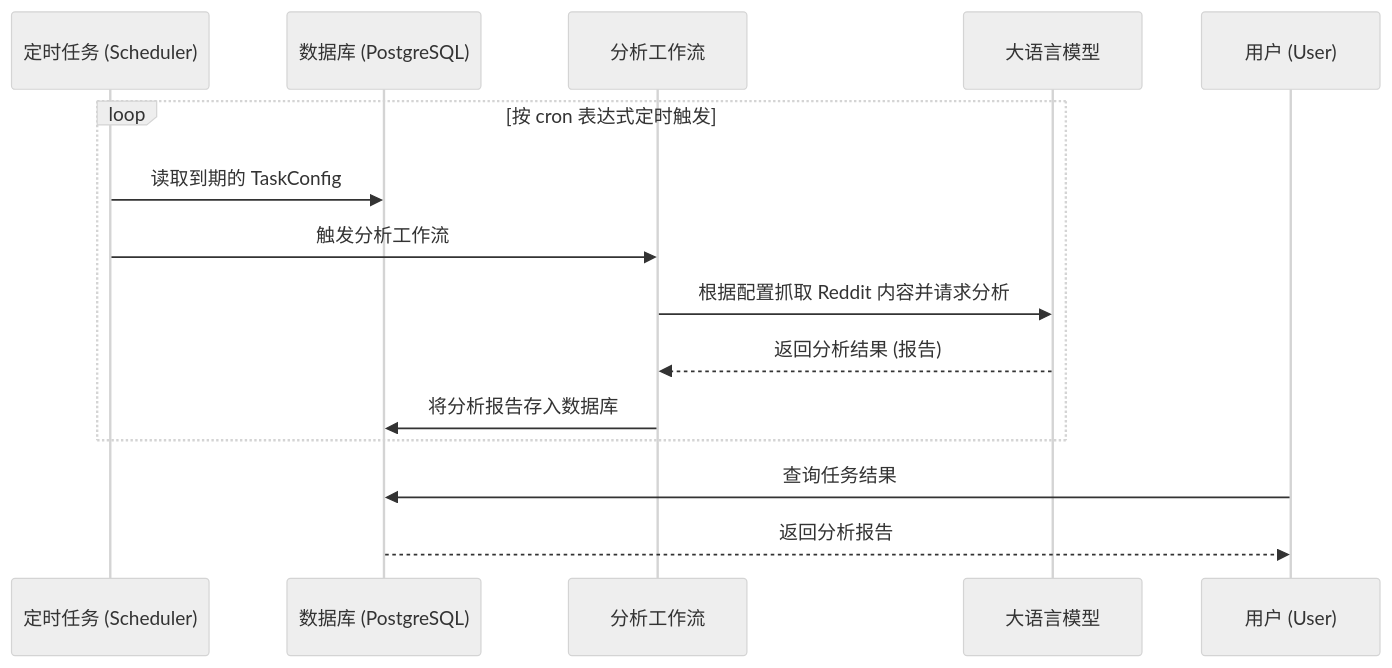
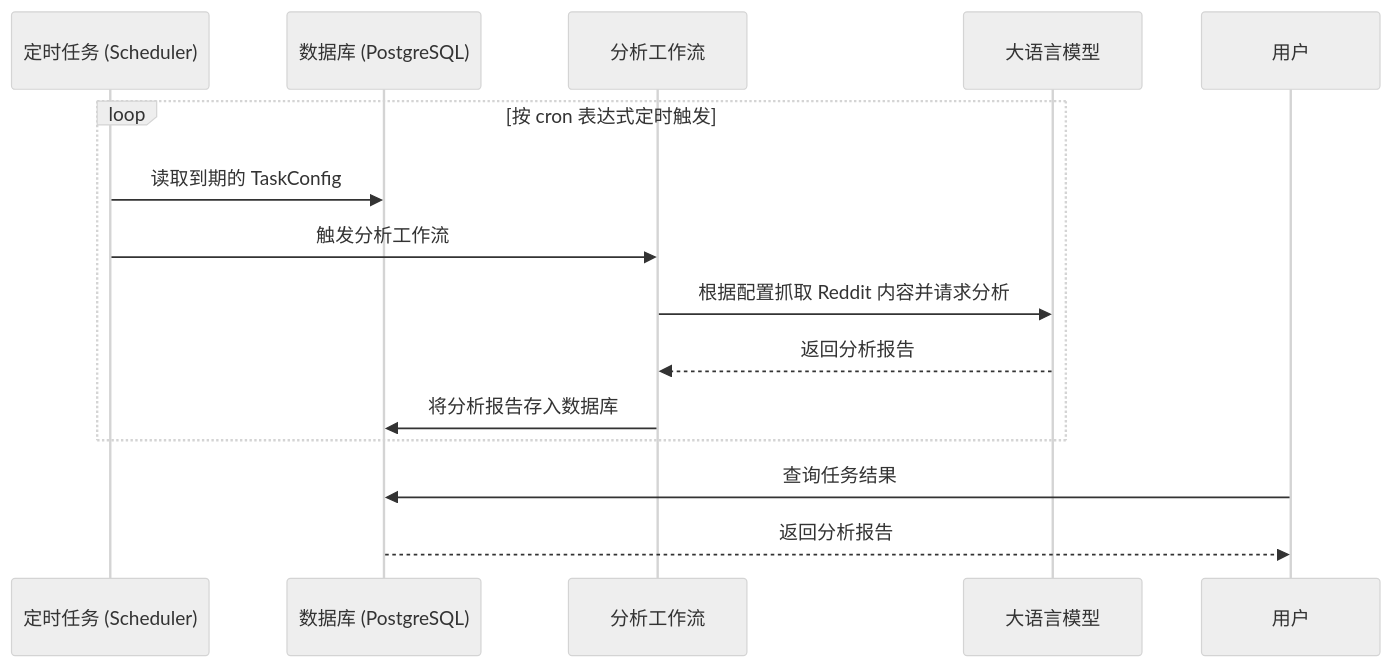
Before and after one commit to JinJieBeWater/redgent: the fourth of 4 diagrams in README.md, drawn with Mermaid (neutral theme). The commit also changed other lines of this file, not shown here.

````diff
--- a/README.md
+++ b/README.md
@@ -174,19 +171,19 @@
 ```mermaid
 sequenceDiagram
     participant SCH as 定时任务 (Scheduler)
     participant DB as 数据库 (PostgreSQL)
     participant WF as 分析工作流
     participant LLM as 大语言模型
-    participant U as 用户 (User)
+    participant U as 用户
 
     loop 按 cron 表达式定时触发
         SCH->>DB: 读取到期的 TaskConfig
         SCH->>WF: 触发分析工作流
         WF->>LLM: 根据配置抓取 Reddit 内容并请求分析
-        LLM-->>WF: 返回分析结果 (报告)
+        LLM-->>WF: 返回分析报告
         WF->>DB: 将分析报告存入数据库
     end
 
     U->>DB: 查询任务结果
     DB-->>U: 返回分析报告
 ```
````
